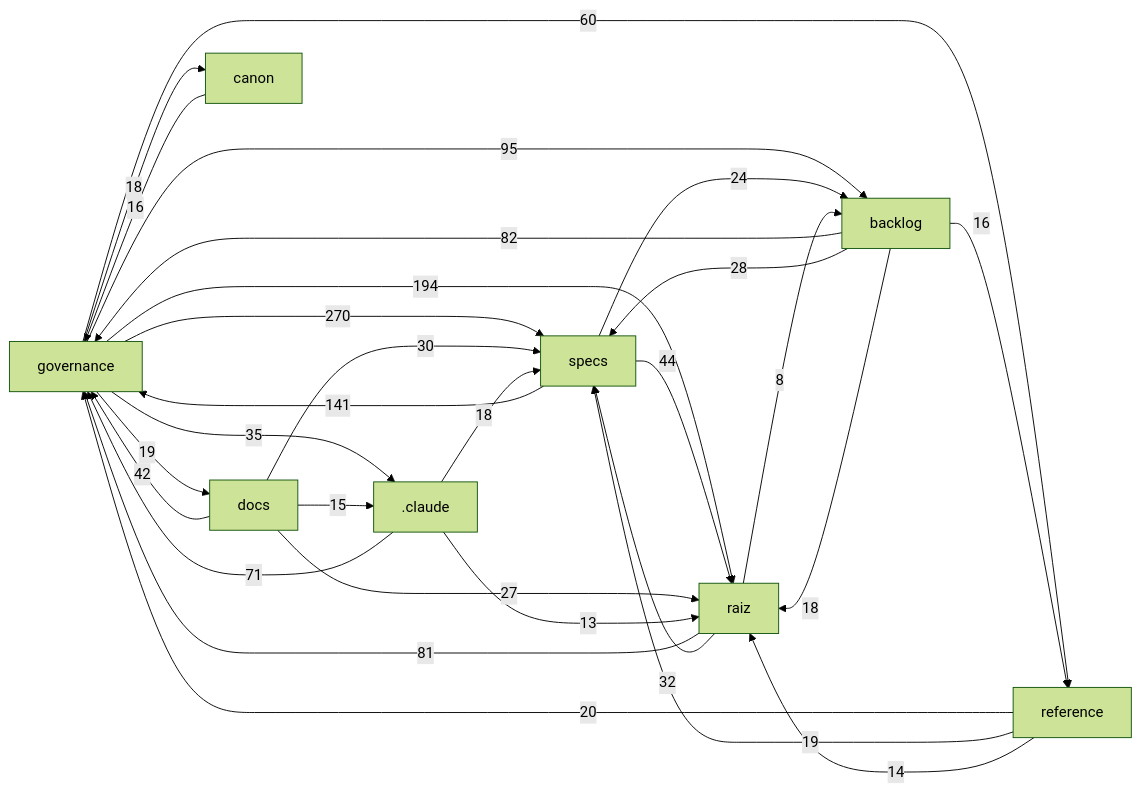
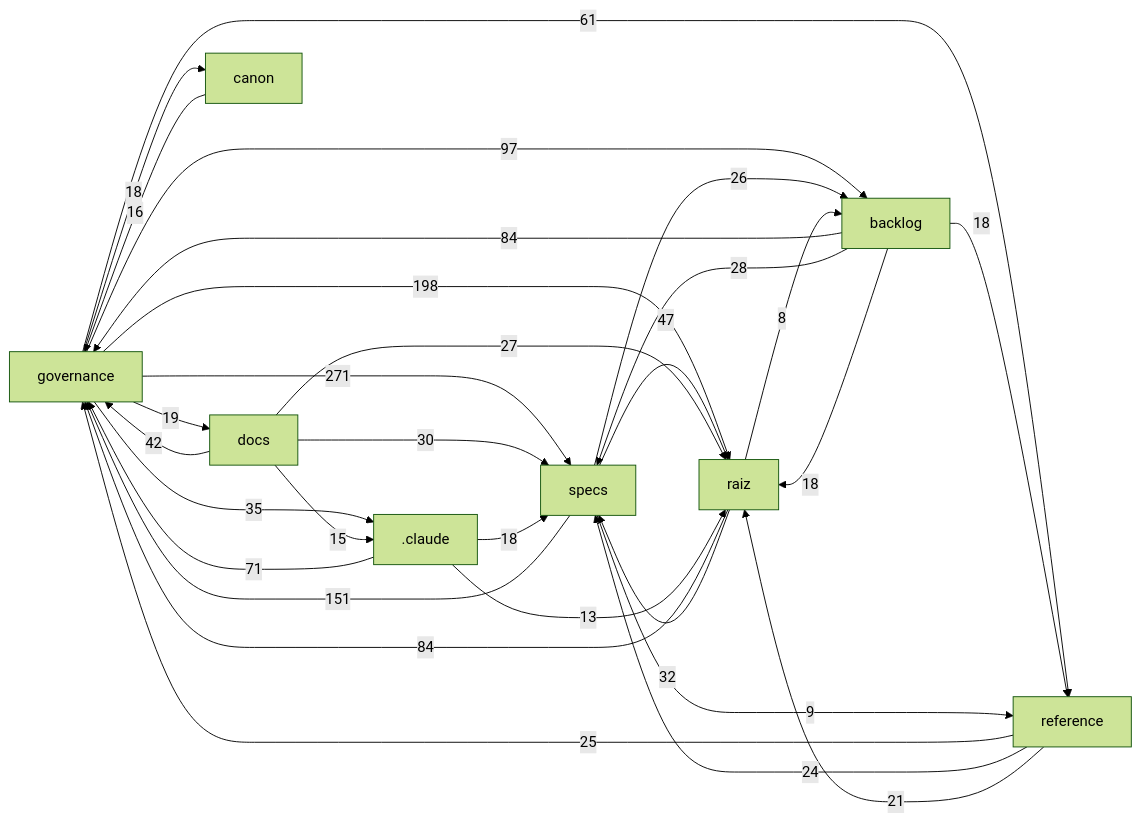
The diagram in docs/mapa/MAPA-PROJETO.md (Andraus35/Sistema-Operacional-de-Trading--SOT), drawn with Mermaid (forest theme) before and after one commit. The commit also changed other lines of this file and 20 other files, not shown here.

````diff
--- a/docs/mapa/MAPA-PROJETO.md
+++ b/docs/mapa/MAPA-PROJETO.md
@@ -30,31 +30,32 @@
 ```mermaid
 flowchart LR
-  governance["governance"] -->|270| specs["specs"]
-  governance["governance"] -->|194| raiz["raiz"]
-  specs["specs"] -->|141| governance["governance"]
-  governance["governance"] -->|95| backlog["backlog"]
-  backlog["backlog"] -->|82| governance["governance"]
-  raiz["raiz"] -->|81| governance["governance"]
+  governance["governance"] -->|271| specs["specs"]
+  governance["governance"] -->|198| raiz["raiz"]
+  specs["specs"] -->|151| governance["governance"]
+  governance["governance"] -->|97| backlog["backlog"]
+  raiz["raiz"] -->|84| governance["governance"]
+  backlog["backlog"] -->|84| governance["governance"]
   _claude[".claude"] -->|71| governance["governance"]
-  governance["governance"] -->|60| reference["reference"]
-  specs["specs"] -->|44| raiz["raiz"]
+  governance["governance"] -->|61| reference["reference"]
+  specs["specs"] -->|47| raiz["raiz"]
   docs["docs"] -->|42| governance["governance"]
   governance["governance"] -->|35| _claude[".claude"]
   raiz["raiz"] -->|32| specs["specs"]
   docs["docs"] -->|30| specs["specs"]
   backlog["backlog"] -->|28| specs["specs"]
   docs["docs"] -->|27| raiz["raiz"]
-  specs["specs"] -->|24| backlog["backlog"]
-  reference["reference"] -->|20| governance["governance"]
+  specs["specs"] -->|26| backlog["backlog"]
+  reference["reference"] -->|25| governance["governance"]
+  reference["reference"] -->|24| specs["specs"]
+  reference["reference"] -->|21| raiz["raiz"]
   governance["governance"] -->|19| docs["docs"]
-  reference["reference"] -->|19| specs["specs"]
   _claude[".claude"] -->|18| specs["specs"]
   backlog["backlog"] -->|18| raiz["raiz"]
+  backlog["backlog"] -->|18| reference["reference"]
   governance["governance"] -->|18| canon["canon"]
-  backlog["backlog"] -->|16| reference["reference"]
   canon["canon"] -->|16| governance["governance"]
   docs["docs"] -->|15| _claude[".claude"]
-  reference["reference"] -->|14| raiz["raiz"]
   _claude[".claude"] -->|13| raiz["raiz"]
+  specs["specs"] -->|9| reference["reference"]
   raiz["raiz"] -->|8| backlog["backlog"]
 ```
````
